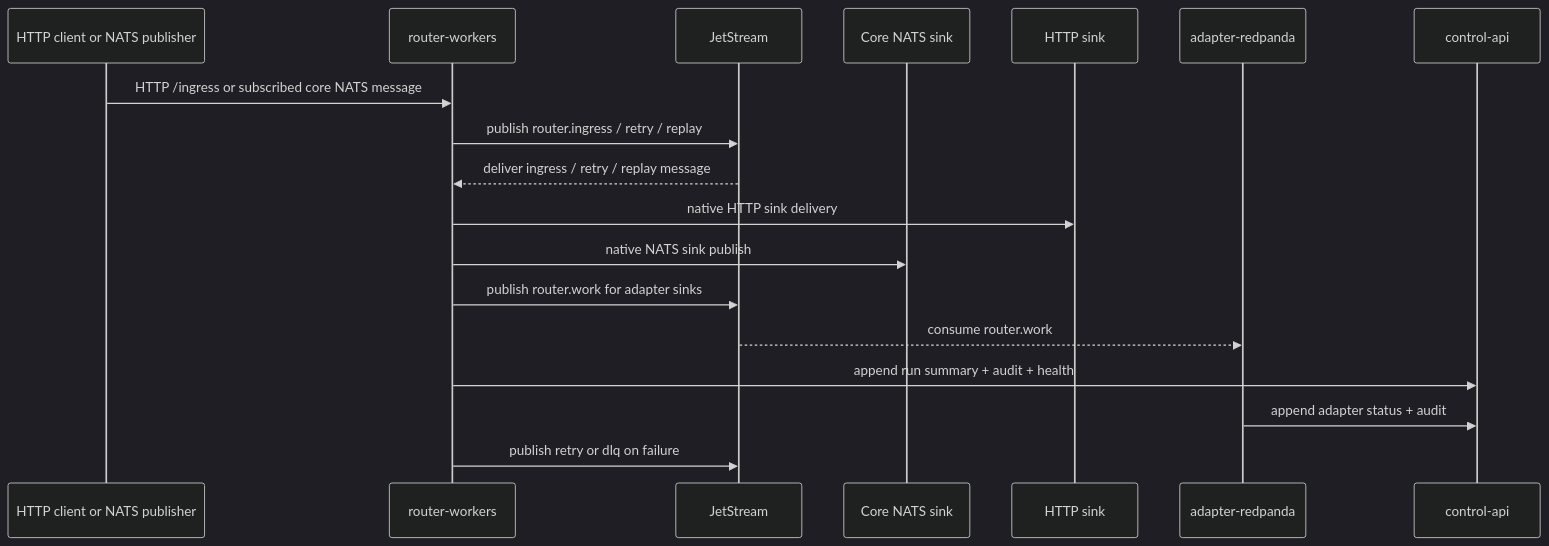
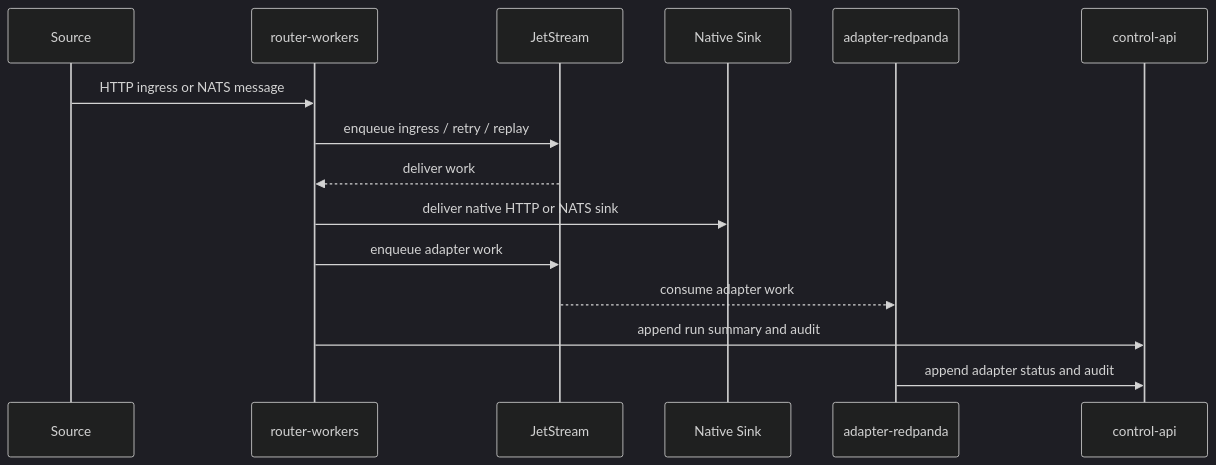
Before and after one commit to vorcigernix/rohrpost: the second of 2 diagrams in README.md, drawn with Mermaid (dark theme). The commit also changed other lines of this file and 6 other files, not shown here.

````diff
--- a/README.md
+++ b/README.md
@@ -95,21 +156,18 @@
 ```mermaid
 sequenceDiagram
-  participant Source as HTTP client or NATS publisher
+  participant Source as Source
   participant Router as router-workers
   participant JS as JetStream
-  participant NATS as Core NATS sink
-  participant HTTP as HTTP sink
+  participant Sink as Native Sink
   participant Adapter as adapter-redpanda
   participant API as control-api
 
-  Source->>Router: HTTP /ingress or subscribed core NATS message
-  Router->>JS: publish router.ingress / retry / replay
-  JS-->>Router: deliver ingress / retry / replay message
-  Router->>HTTP: native HTTP sink delivery
-  Router->>NATS: native NATS sink publish
-  Router->>JS: publish router.work for adapter sinks
-  JS-->>Adapter: consume router.work
-  Router->>API: append run summary + audit + health
-  Adapter->>API: append adapter status + audit
-  Router->>JS: publish retry or dlq on failure
+  Source->>Router: HTTP ingress or NATS message
+  Router->>JS: enqueue ingress / retry / replay
+  JS-->>Router: deliver work
+  Router->>Sink: deliver native HTTP or NATS sink
+  Router->>JS: enqueue adapter work
+  JS-->>Adapter: consume adapter work
+  Router->>API: append run summary and audit
+  Adapter->>API: append adapter status and audit
 ```
````
